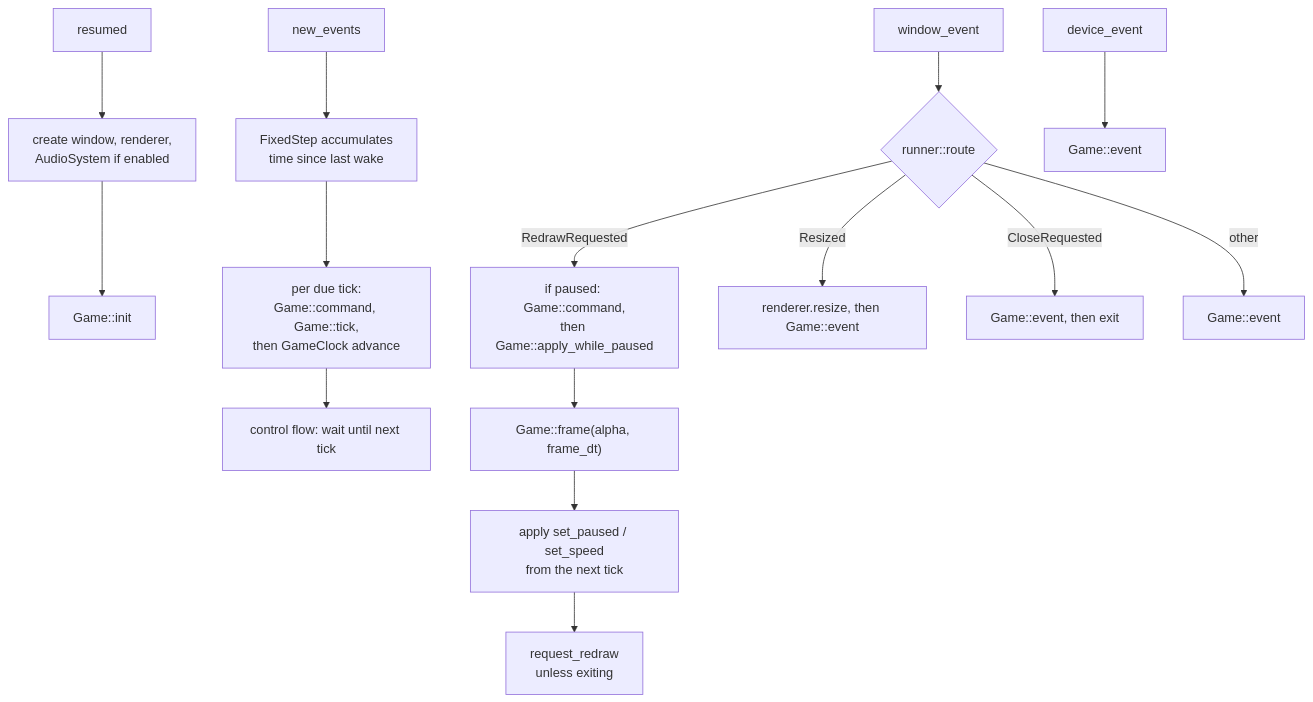
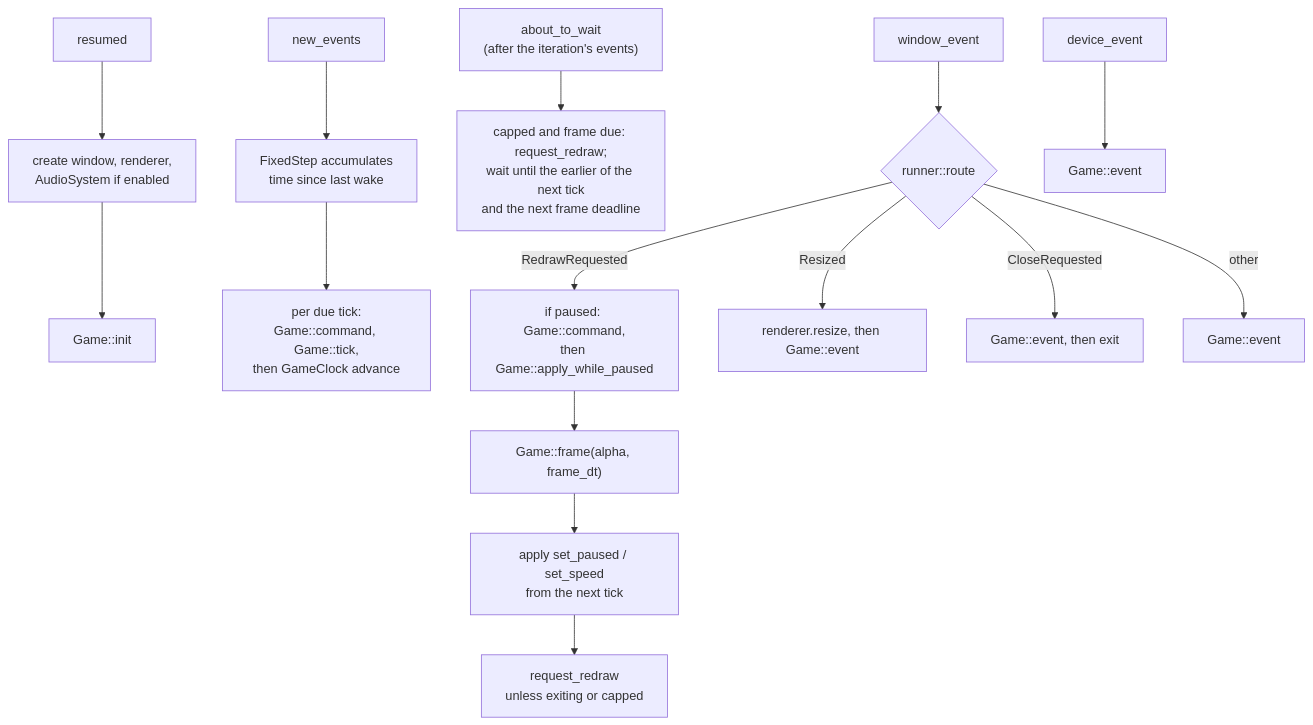
One commit to WrackedFella/moho changed the first of 2 diagrams in wiki/architecture/frame-loop.md. Above: the diagram before and after it, drawn with Mermaid. The commit also changed other lines of this file and 16 other files, not shown here.

````diff
--- a/wiki/architecture/frame-loop.md
+++ b/wiki/architecture/frame-loop.md
@@ -14,18 +14,19 @@
 ```mermaid
 flowchart TD
     RES["resumed"] --> mk["create window, renderer,<br/>AudioSystem if enabled"] --> init["Game::init"]
 
     NE["new_events"] --> acc["FixedStep accumulates<br/>time since last wake"]
     acc --> tk["per due tick:<br/>Game::command, Game::tick,<br/>then GameClock advance"]
-    tk --> cf["control flow: wait until next tick"]
+
+    AW["about_to_wait<br/>(after the iteration's events)"] --> cf["capped and frame due: request_redraw;<br/>wait until the earlier of the next tick<br/>and the next frame deadline"]
 
     WE["window_event"] --> route{"runner::route"}
     route -- RedrawRequested --> wp["if paused: Game::command,<br/>then Game::apply_while_paused"] --> fr["Game::frame(alpha, frame_dt)"]
     fr --> req["apply set_paused / set_speed<br/>from the next tick"]
-    req --> rr["request_redraw<br/>unless exiting"]
+    req --> rr["request_redraw<br/>unless exiting or capped"]
     route -- Resized --> rs["renderer.resize, then Game::event"]
     route -- CloseRequested --> ev["Game::event, then exit"]
     route -- other --> ev2["Game::event"]
 
     DE["device_event"] --> ev3["Game::event"]
 ```
````
